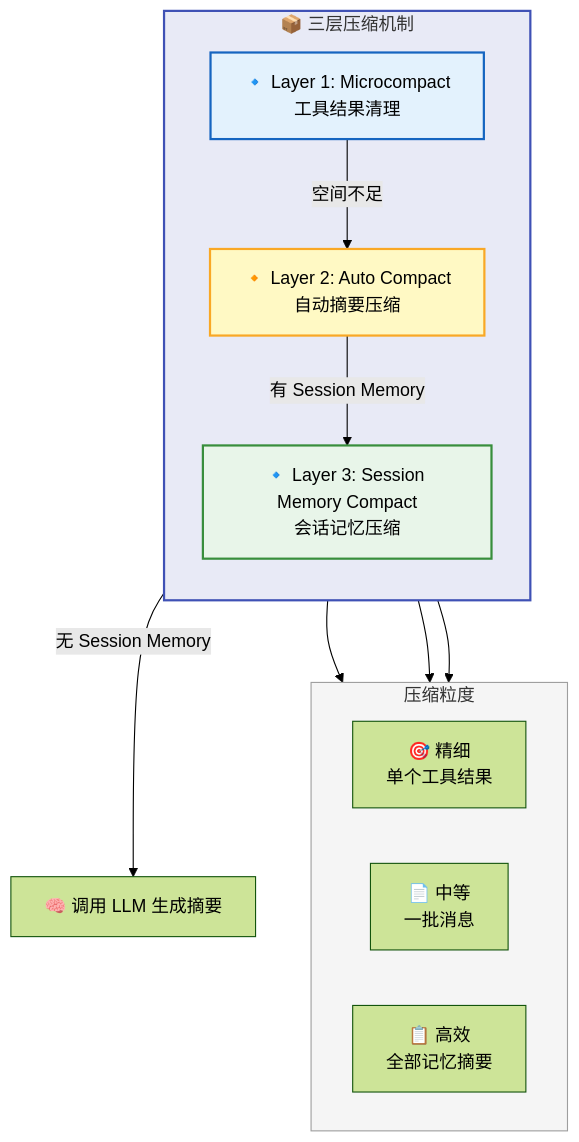
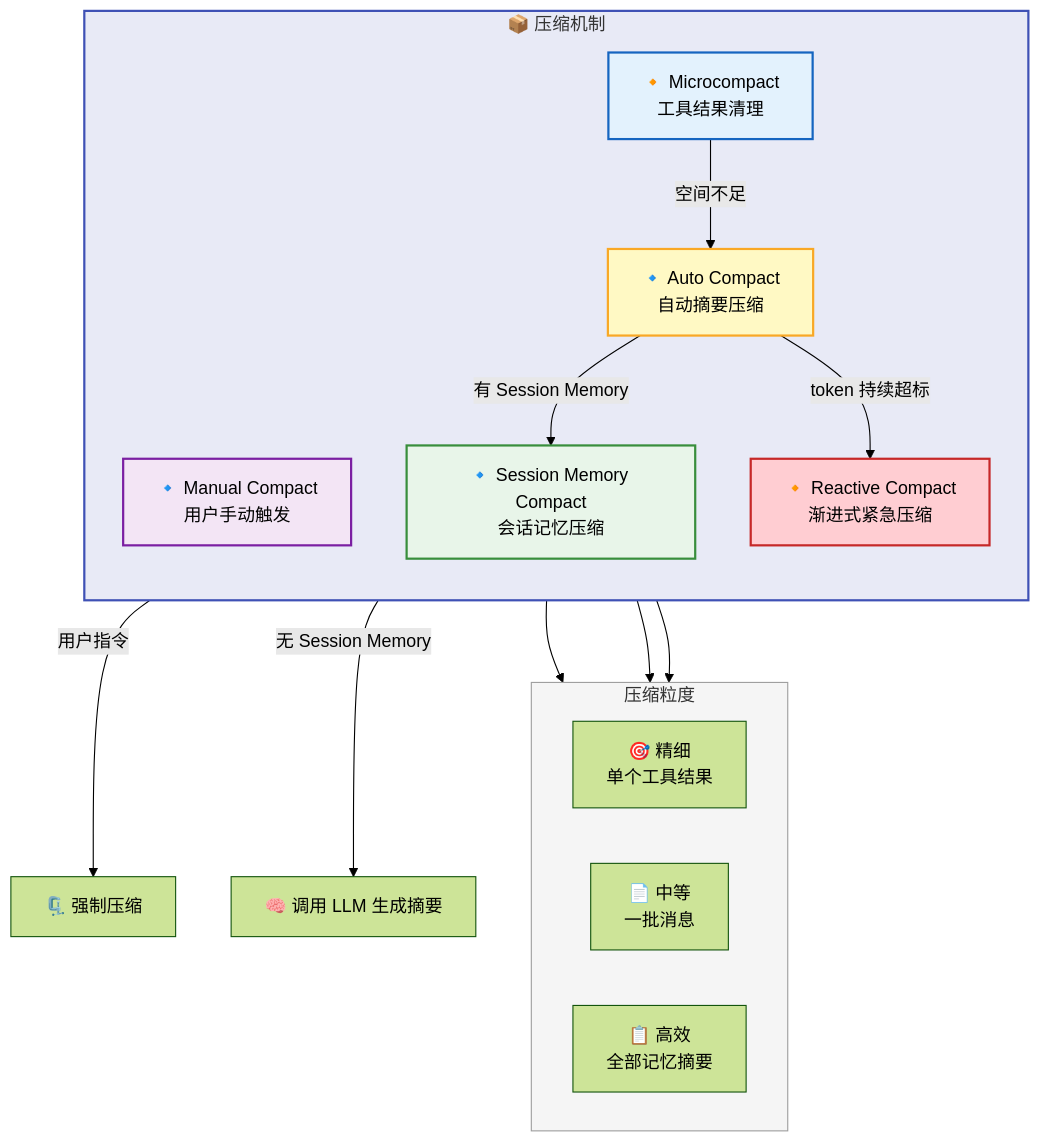
One commit to rtc-agent/docs changed the first of 9 diagrams in src/content/docs/features/context-management.md. Above: the diagram before and after it, drawn with Mermaid (forest theme). The commit also changed other lines of this file and 19 other files, not shown here.

````diff
--- a/src/content/docs/features/context-management.md
+++ b/src/content/docs/features/context-management.md
@@ -10,30 +10,36 @@
 ```mermaid
 flowchart TD
-    subgraph LAYERS["📦 三层压缩机制"]
+    subgraph LAYERS["📦 压缩机制"]
         direction TB
-        L1["🔹 Layer 1: Microcompact<br/>工具结果清理"]
-        L2["🔸 Layer 2: Auto Compact<br/>自动摘要压缩"]
-        L3["🔹 Layer 3: Session Memory Compact<br/>会话记忆压缩"]
+        L0["🔹 Manual Compact<br/>用户手动触发"]
+        L1["🔸 Microcompact<br/>工具结果清理"]
+        L2["🔹 Auto Compact<br/>自动摘要压缩"]
+        L3["🔸 Reactive Compact<br/>渐进式紧急压缩"]
+        L4["🔹 Session Memory Compact<br/>会话记忆压缩"]
     end
 
+    L0 -->|"用户指令"| COMPACT["🗜️ 强制压缩"]
     L1 -->|"空间不足"| L2
-    L2 -->|"有 Session Memory"| L3
+    L2 -->|"有 Session Memory"| L4
     L2 -->|"无 Session Memory"| L2B["🧠 调用 LLM 生成摘要"]
+    L2 -->|"token 持续超标"| L3
 
     subgraph SCOPE["压缩粒度"]
         direction LR
         S1["🎯 精细<br/>单个工具结果"]
         S2["📄 中等<br/>一批消息"]
         S3["📋 高效<br/>全部记忆摘要"]
     end
 
     L1 --> S1
     L2 --> S2
-    L3 --> S3
+    L4 --> S3
 
     style LAYERS fill:#e8eaf6,stroke:#3f51b5,stroke-width:2px
     style SCOPE fill:#f5f5f5,stroke:#9e9e9e,stroke-width:1px
+    style L0 fill:#f3e5f5,stroke:#7b1fa2,stroke-width:2px
     style L1 fill:#e3f2fd,stroke:#1565c0,stroke-width:2px
     style L2 fill:#fff9c4,stroke:#f9a825,stroke-width:2px
-    style L3 fill:#e8f5e9,stroke:#388e3c,stroke-width:2px
+    style L3 fill:#ffcdd2,stroke:#c62828,stroke-width:2px
+    style L4 fill:#e8f5e9,stroke:#388e3c,stroke-width:2px
 ```
````
